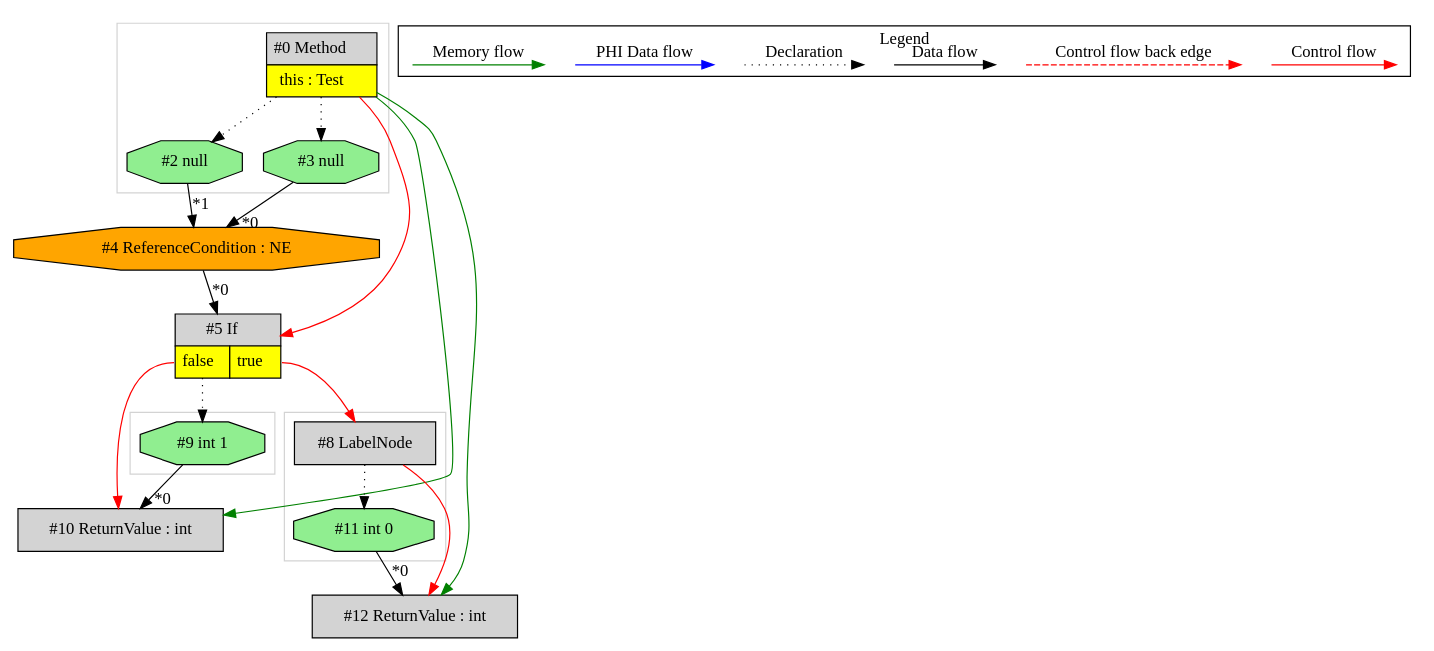
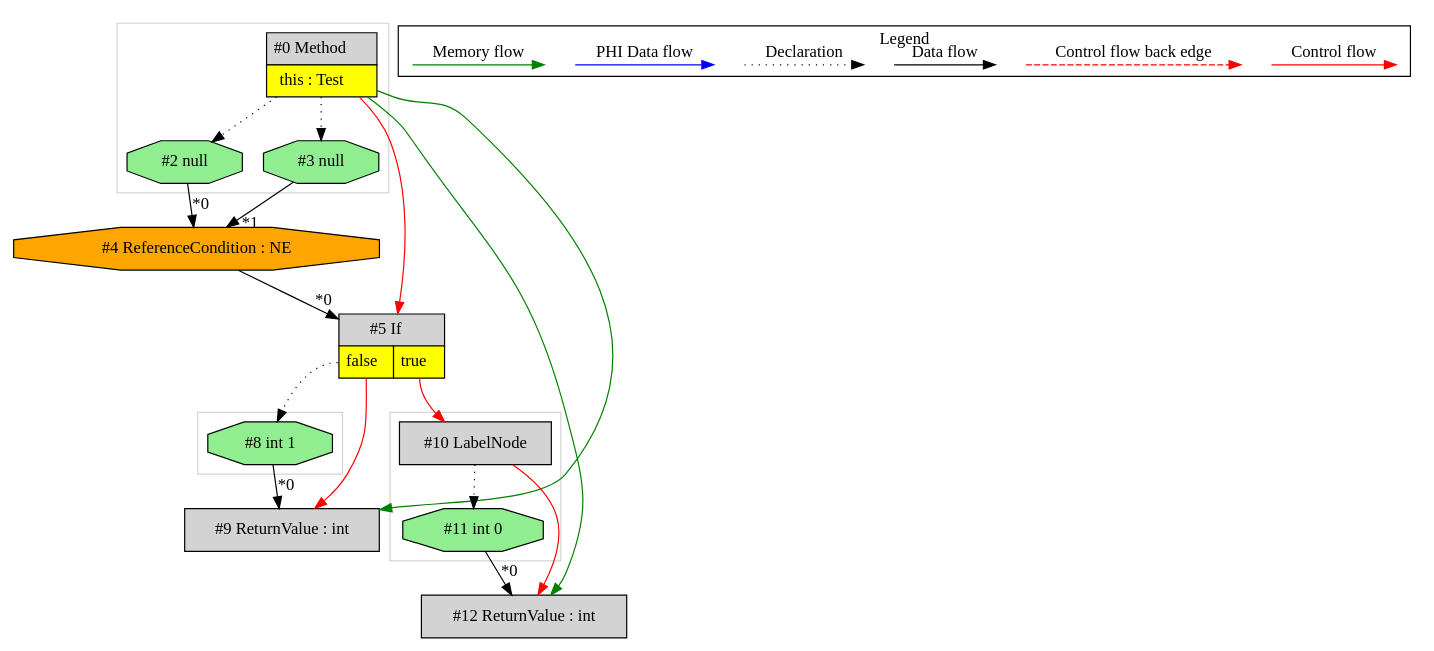
The diagram in de.mirkosertic.metair.ir.OpcodeIFACMPNETest/test_IF_ACMPNE/ir.dot (mirkosertic/MetaIR), drawn with Graphviz before and after one commit. The commit also changed 973 other files, not shown here.

```diff
--- a/de.mirkosertic.metair.ir.OpcodeIFACMPNETest/test_IF_ACMPNE/ir.dot
+++ b/de.mirkosertic.metair.ir.OpcodeIFACMPNETest/test_IF_ACMPNE/ir.dot
@@ -1,69 +1,69 @@
 digraph {
  ordering="in";
  node0[margin="0", label=<<table border="0" cellborder="1" cellspacing="0" cellpadding="5"><tr><td colspan="1">#0 Method</td></tr><tr><td port="prj1" bgcolor="yellow">this : Test</td></tr></table>>,shape=none, fillcolor=lightgrey, style=filled];
  node3[label="#3 null",shape=octagon, fillcolor=lightgreen, style=filled];
  node0 -> node3[style=dotted];
  node4[label="#4 ReferenceCondition : NE",shape=octagon, fillcolor=orange, style=filled];
- node3 -> node4[headlabel="*0", labeldistance=2];
- node2 -> node4[headlabel="*1", labeldistance=2];
+ node2 -> node4[headlabel="*0", labeldistance=2];
+ node3 -> node4[headlabel="*1", labeldistance=2];
  node2[label="#2 null",shape=octagon, fillcolor=lightgreen, style=filled];
  node0 -> node2[style=dotted];
- node5[margin="0", label=<<table border="0" cellborder="1" cellspacing="0" cellpadding="5"><tr><td colspan="2">#5 If</td></tr><tr><td port="prj7" bgcolor="yellow">false</td><td port="prj6" bgcolor="yellow">true</td></tr></table>>,shape=none, fillcolor=lightgrey, style=filled];
+ node5[margin="0", label=<<table border="0" cellborder="1" cellspacing="0" cellpadding="5"><tr><td colspan="2">#5 If</td></tr><tr><td port="prj6" bgcolor="yellow">false</td><td port="prj7" bgcolor="yellow">true</td></tr></table>>,shape=none, fillcolor=lightgrey, style=filled];
  node4 -> node5[headlabel="*0", labeldistance=2];
  node0 -> node5[labeldistance=2, color=red, fontcolor=red];
- node9[label="#9 int 1",shape=octagon, fillcolor=lightgreen, style=filled];
- node5:prj7 -> node9[style=dotted];
- node10[label="#10 ReturnValue : int",shape=box, fillcolor=lightgrey, style=filled];
- node9 -> node10[headlabel="*0", labeldistance=2];
+ node10[label="#10 LabelNode",shape=box, fillcolor=lightgrey, style=filled];
  node5:prj7 -> node10[labeldistance=2, color=red, fontcolor=red];
- node0 -> node10[labeldistance=2, color=green, constraint=false];
- node8[label="#8 LabelNode",shape=box, fillcolor=lightgrey, style=filled];
- node5:prj6 -> node8[labeldistance=2, color=red, fontcolor=red];
+ node11[label="#11 int 0",shape=octagon, fillcolor=lightgreen, style=filled];
+ node10 -> node11[style=dotted];
  node12[label="#12 ReturnValue : int",shape=box, fillcolor=lightgrey, style=filled];
  node11 -> node12[headlabel="*0", labeldistance=2];
- node8 -> node12[labeldistance=2, color=red, fontcolor=red];
+ node10 -> node12[labeldistance=2, color=red, fontcolor=red];
  node0 -> node12[labeldistance=2, color=green, constraint=false];
- node11[label="#11 int 0",shape=octagon, fillcolor=lightgreen, style=filled];
- node8 -> node11[style=dotted];
+ node8[label="#8 int 1",shape=octagon, fillcolor=lightgreen, style=filled];
+ node5:prj6 -> node8[style=dotted];
+ node9[label="#9 ReturnValue : int",shape=box, fillcolor=lightgrey, style=filled];
+ node8 -> node9[headlabel="*0", labeldistance=2];
+ node5:prj6 -> node9[labeldistance=2, color=red, fontcolor=red];
+ node0 -> node9[labeldistance=2, color=green, constraint=false];
  subgraph cluster_0 {
   color=lightgray;
   node0;
   node2;
   node3;
  }
  subgraph cluster_1 {
   color=lightgray;
   node8;
-  node11;
  }
  subgraph cluster_2 {
   color=lightgray;
-  node9;
+  node10;
+  node11;
  }
  subgraph cluster_000 {
   label = "Legend";
   node [shape=point]
   {
    rank=same;
    c0 [style = invis];
    c1 [style = invis];
    c2 [style = invis];
    c3 [style = invis];
    d0 [style = invis];
    d1 [style = invis];
    d2 [style = invis];
    d3 [style = invis];
    d4 [style = invis];
    d5 [style = invis];
    d6 [style = invis];
    d7 [style = invis];
   }
   c0 -> c1 [label="Control flow", style=solid, color=red]
   c2 -> c3 [label="Control flow back edge", style=dashed, color=red]
   d0 -> d1 [label="Data flow"]
   d2 -> d3 [label="Declaration", style=dotted]
   d4 -> d5 [label="PHI Data flow", color=blue]
   d6 -> d7 [label="Memory flow", color=green]
  }
 
 }
```
